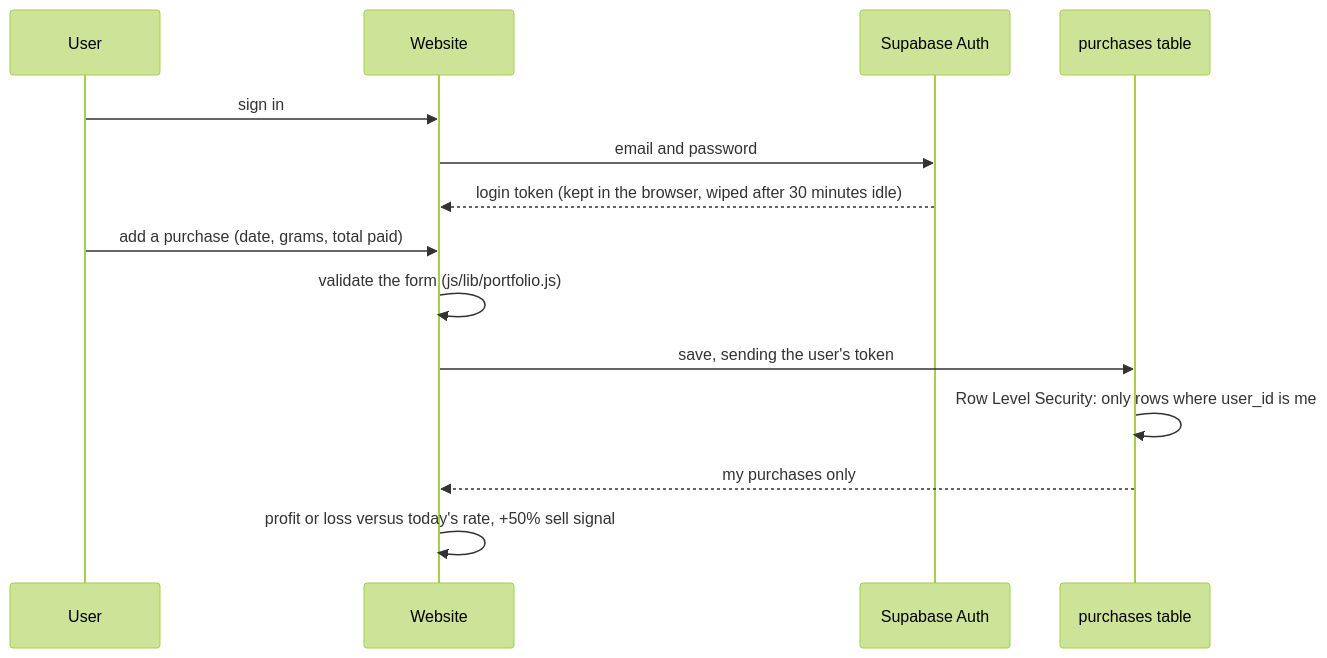
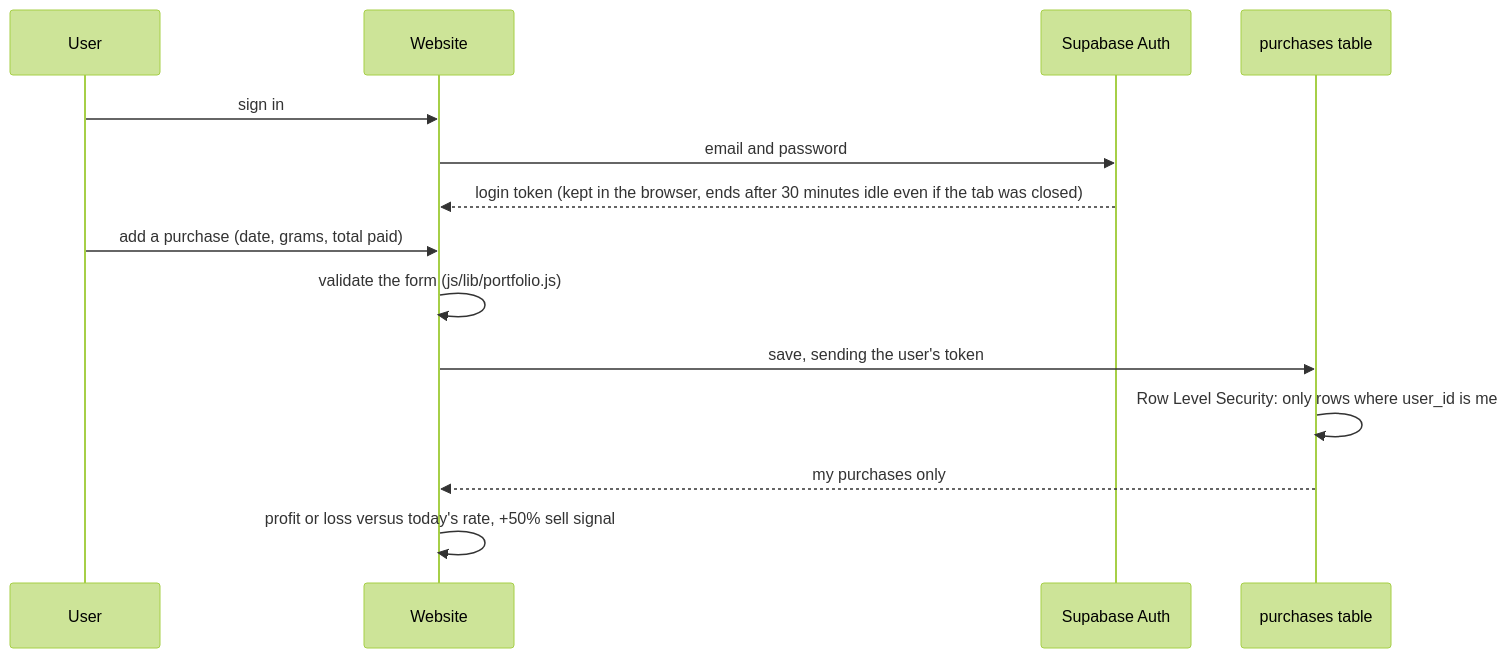
One commit to Venu2Code/demoWork changed the fourth of 4 diagrams in docs/ARCHITECTURE.md. Above: the diagram before and after it, drawn with Mermaid (forest theme). The commit also changed other lines of this file and 21 other files, not shown here.

````diff
--- a/docs/ARCHITECTURE.md
+++ b/docs/ARCHITECTURE.md
@@ -132,17 +132,17 @@
 ```mermaid
 sequenceDiagram
   participant U as User
   participant W as Website
   participant A as Supabase Auth
   participant D as purchases table
 
   U->>W: sign in
   W->>A: email and password
-  A-->>W: login token (kept in the browser, wiped after 30 minutes idle)
+  A-->>W: login token (kept in the browser, ends after 30 minutes idle even if the tab was closed)
   U->>W: add a purchase (date, grams, total paid)
   W->>W: validate the form (js/lib/portfolio.js)
   W->>D: save, sending the user's token
   D->>D: Row Level Security: only rows where user_id is me
   D-->>W: my purchases only
   W->>W: profit or loss versus today's rate, +50% sell signal
 ```
````
